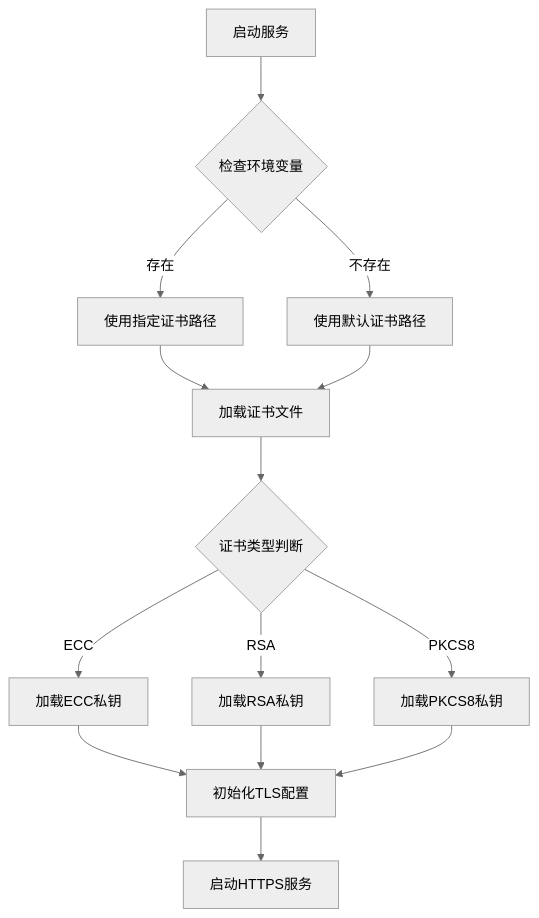
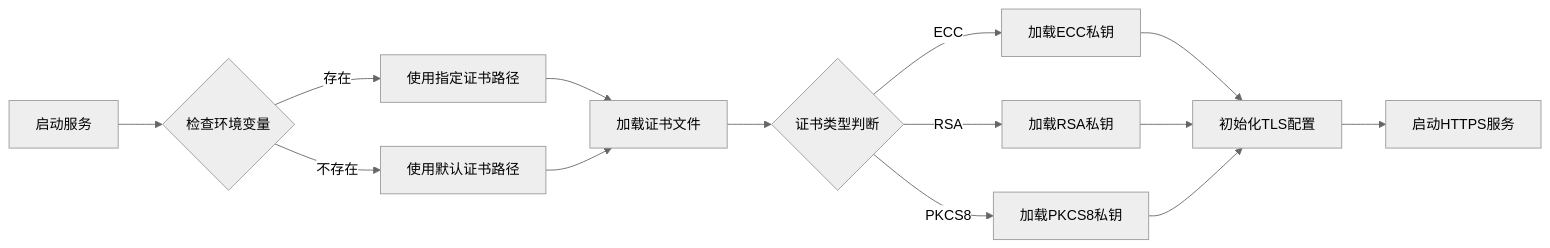
Before and after one commit to harrisonwang/docxy: the third of 3 diagrams in README.md, drawn with Mermaid (neutral theme).

Commit message:
📃 docs: 更新 README.md，修改证书处理流程的流程图方向，从 TD 改为 LR，以提升可读性。

````diff
--- a/README.md
+++ b/README.md
@@ -119,16 +119,16 @@
 ```mermaid
-flowchart TD
+flowchart LR
     A[启动服务] --> B{检查环境变量}
     B -->|存在| C[使用指定证书路径]
     B -->|不存在| D[使用默认证书路径]
     C --> E[加载证书文件]
     D --> E
     E --> F{证书类型判断}
     F -->|ECC| G[加载ECC私钥]
     F -->|RSA| H[加载RSA私钥]
     F -->|PKCS8| I[加载PKCS8私钥]
     G --> J[初始化TLS配置]
     H --> J
     I --> J
     J --> K[启动HTTPS服务]
 ```
````
